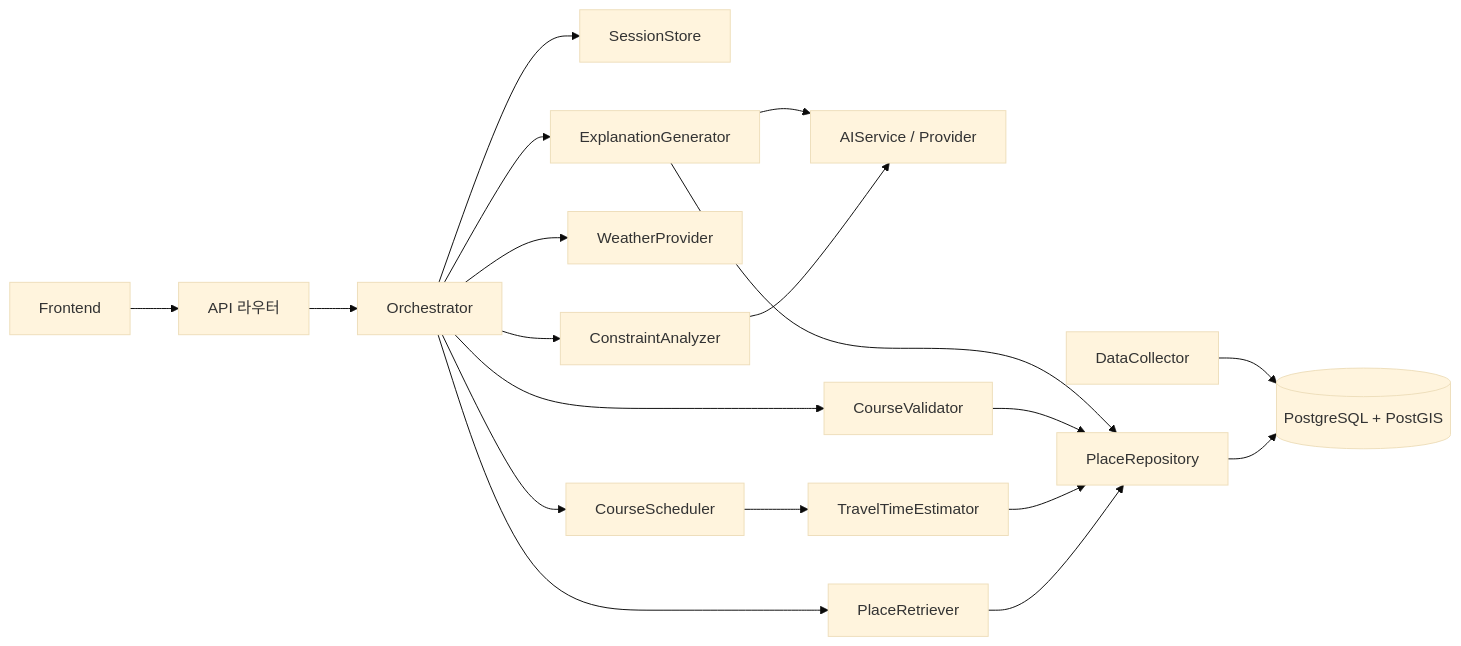
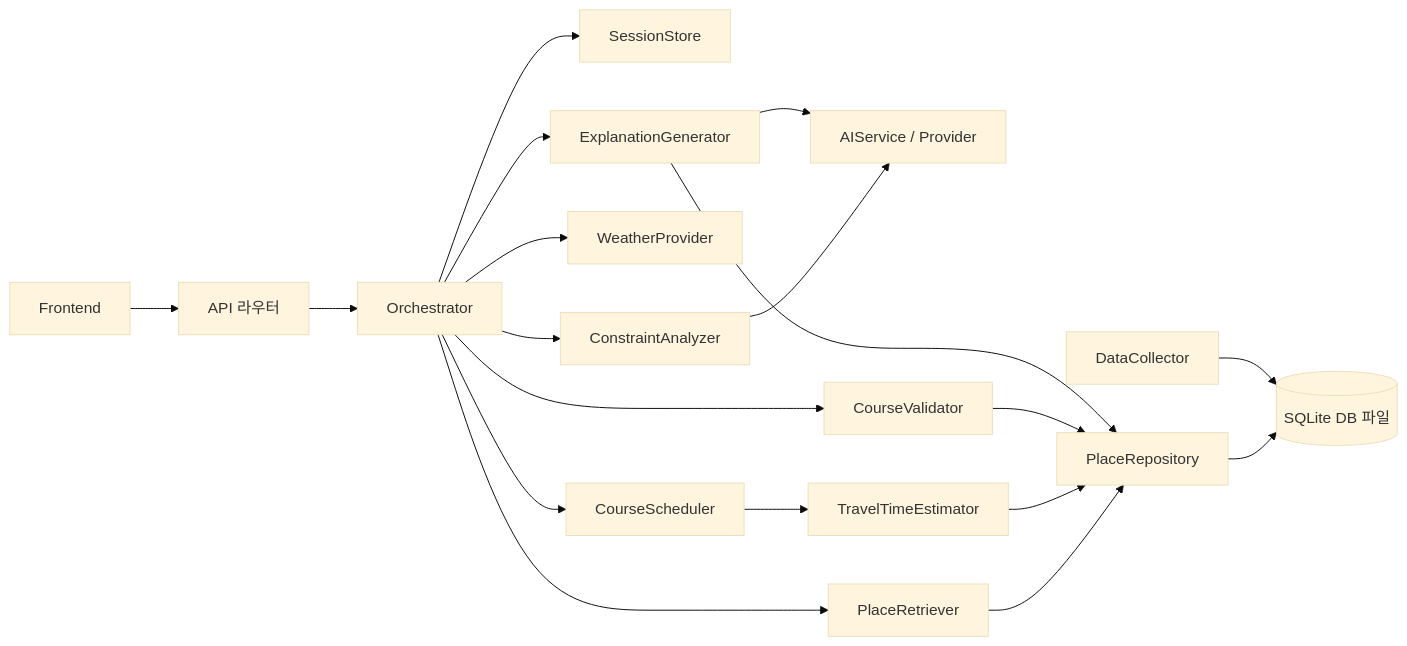
The diagram in docs/COMPONENT_MAP.md (yongmoo123/busanfit), drawn with Mermaid (base theme) before and after one commit. The commit also changed other lines of this file and 2 other files, not shown here.

Commit message:
docs: DEC-005 CONTRIBUTING·COMPONENT_MAP·INTEGRATION의 DB 기준을 SQLite로 갱신
남은 "PostgreSQL+PostGIS" 문구가 팀원 AI 작업 기준을 흐리지 않도록 결정(DEC-005)에 맞춘다.
backend/app/data·pipelines README는 담당 영역이라 이슈 #7에서 갱신한다.

````diff
--- a/docs/COMPONENT_MAP.md
+++ b/docs/COMPONENT_MAP.md
@@ -23,21 +23,21 @@
 ```mermaid
 flowchart LR
   UI[Frontend] --> API[API 라우터]
   API --> O[Orchestrator]
   O --> SS[SessionStore]
   O --> A[ConstraintAnalyzer]
   A --> AI[AIService / Provider]
   O --> R[PlaceRetriever]
   R --> DB[PlaceRepository]
   O --> W[WeatherProvider]
   O --> S[CourseScheduler]
   S --> T[TravelTimeEstimator]
   T --> DB
   O --> V[CourseValidator]
   V --> DB
   O --> E[ExplanationGenerator]
   E --> AI
   E --> DB
-  DB --> PG[(PostgreSQL + PostGIS)]
+  DB --> PG[(SQLite DB 파일)]
   B[DataCollector] --> PG
 ```
````
